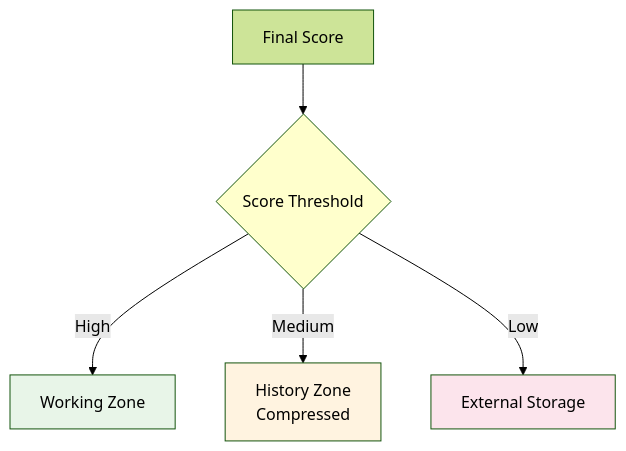
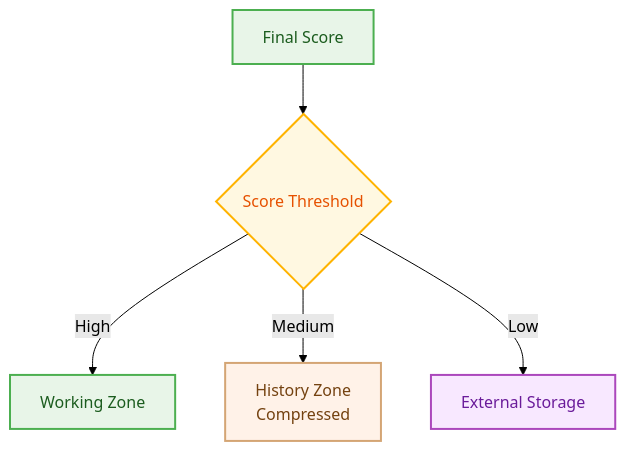
One commit to raphaelmansuy/digital_palace changed the sixth of 17 diagrams in reference/technical-articles/2025-06-29-context-management-llm-agents.md. Above: the diagram before and after it, drawn with Mermaid (forest theme). The commit also changed other lines of this file, not shown here.

Commit message:
feat: enhance flowchart styles for improved visual clarity and consistency

````diff
--- a/reference/technical-articles/2025-06-29-context-management-llm-agents.md
+++ b/reference/technical-articles/2025-06-29-context-management-llm-agents.md
@@ -198,12 +225,13 @@
 ```mermaid
 flowchart TD
     A[Final Score] --> B{Score Threshold}
     B -->|High| C[Working Zone]
     B -->|Medium| D[History Zone<br/>Compressed]
     B -->|Low| E[External Storage]
     
-    style B fill:#ffffcc
-    style C fill:#e8f5e8
-    style D fill:#fff3e0
-    style E fill:#fce4ec
+    style A fill:#E8F5E8,stroke:#4CAF50,stroke-width:2px,color:#1B5C1E
+    style B fill:#FFF8E1,stroke:#FFB300,stroke-width:2px,color:#E65100
+    style C fill:#E8F5E8,stroke:#4CAF50,stroke-width:2px,color:#1B5C1E
+    style D fill:#FFF2E8,stroke:#D4A574,stroke-width:2px,color:#744210
+    style E fill:#F8E8FF,stroke:#AB47BC,stroke-width:2px,color:#6A1B9A
 ```
````
